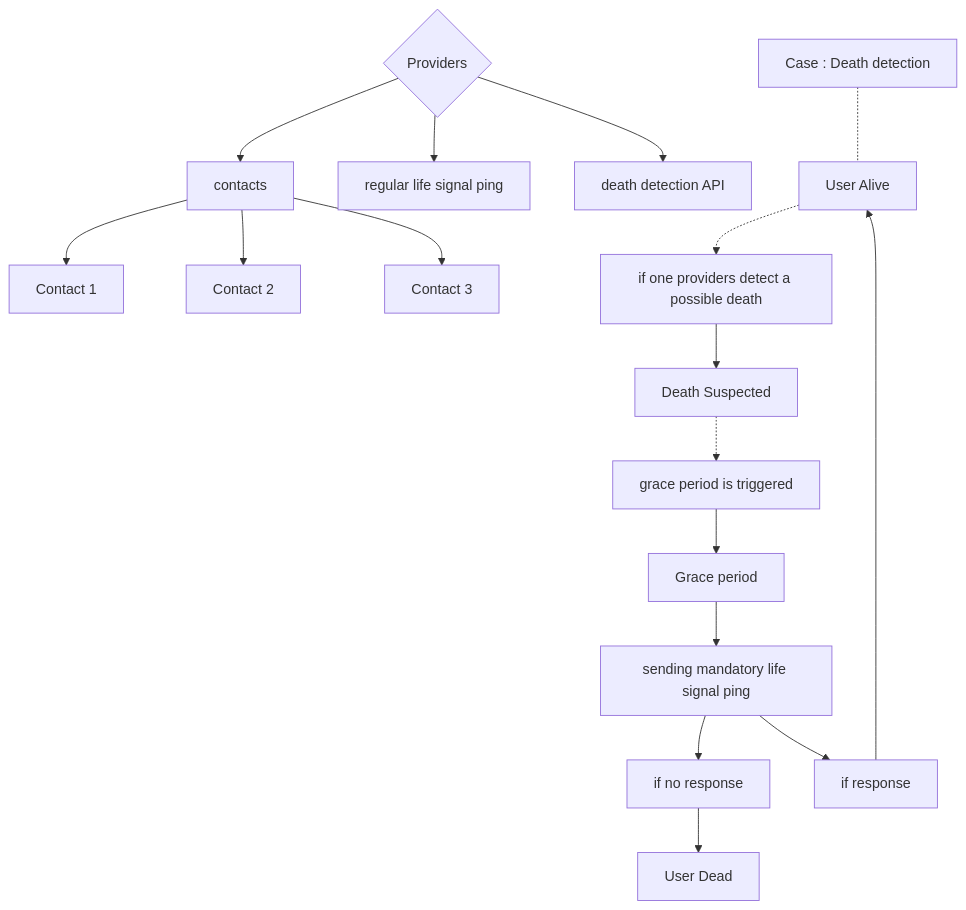
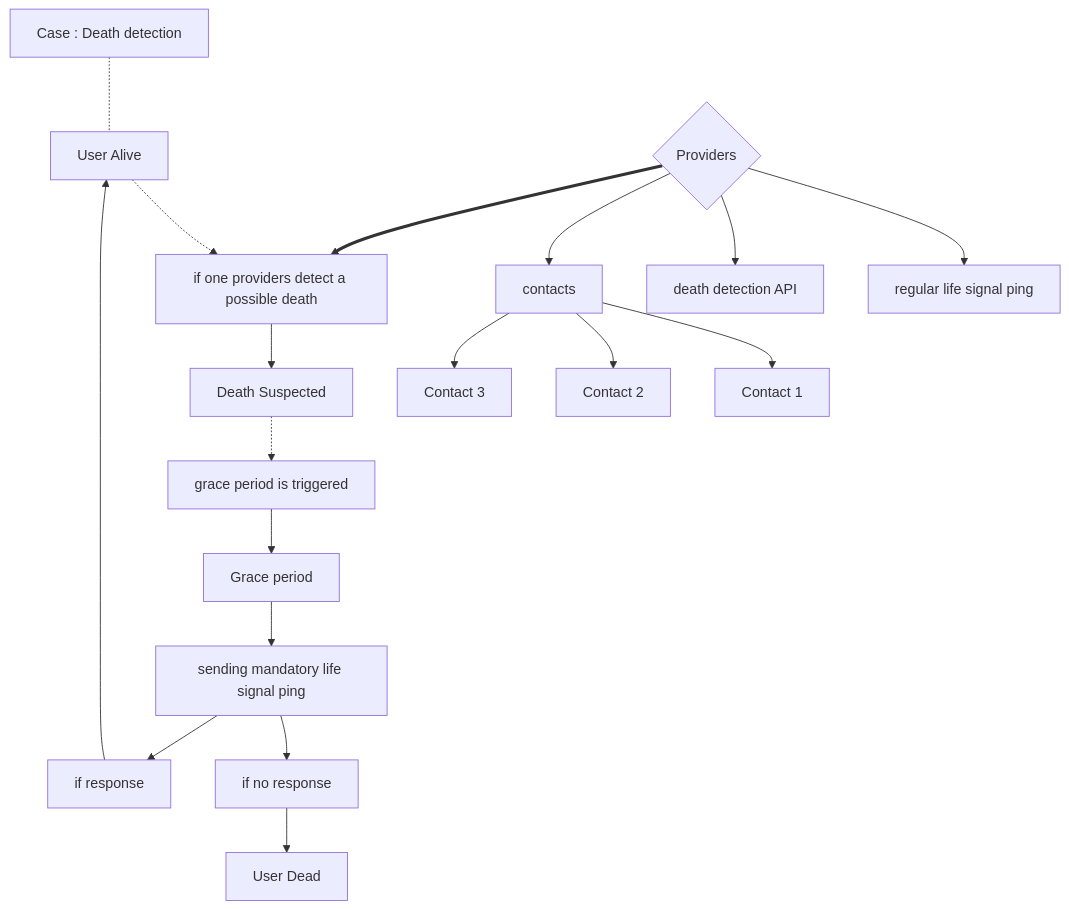
Before and after one commit to Matthieu-LAURENT39/LifeSignal: the diagram in diagrams/case_death_detection.mmd, drawn with Mermaid. The commit also changed 1 other file, not shown here.

Commit message:
wip: new diagrams

```diff
--- a/diagrams/case_death_detection.mmd
+++ b/diagrams/case_death_detection.mmd
@@ -1,25 +1,27 @@
 
 flowchart TD
     Titre["Case : Death detection"]
     Titre -.- A[User Alive]
 
     P{"Providers"} --> P1[regular life signal ping]
     P{"Providers"} --> P2[death detection API]
     P{"Providers"} --> P3[contacts]
 
     P3[contacts] --> C1[Contact 1]
     P3[contacts] --> C2[Contact 2]
     P3[contacts] --> C3[Contact 3]
    
     A -.-> B[if one providers detect a possible death]
     B --> C[Death Suspected]
     C -.-> D[grace period is triggered]
     D --> E[Grace period]
 
     E --> F[sending mandatory life signal ping] 
 
     F --> R1[if no response]
     F --> R2[if response]
 
     R2 --> A
     R1 --> G[User Dead]
+
+    P ==> B
```
